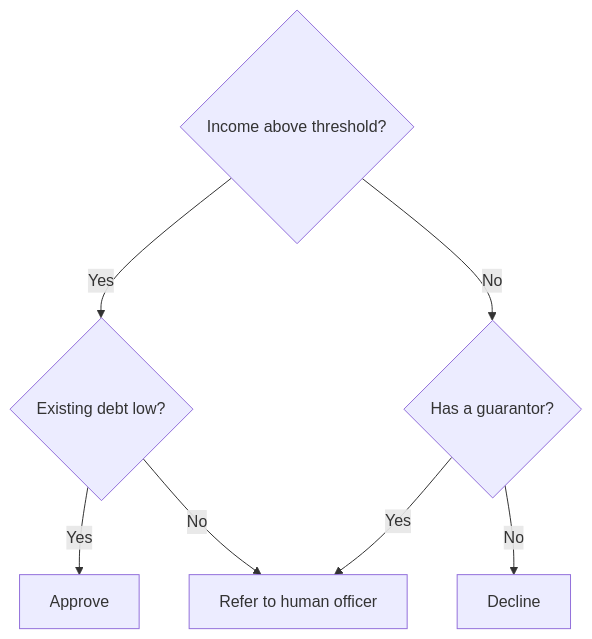
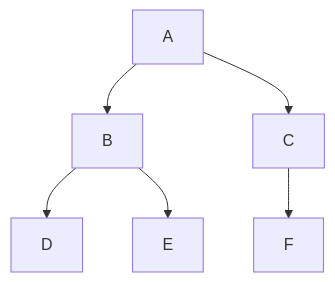
One commit to benngiiii/BABI-GULING changed the ninth of 18 diagrams in Main/study-guide/v1.0/stage1_Content.md. Above: the diagram before and after it, drawn with Mermaid. The commit also changed other lines of this file, not shown here.

````diff
--- a/Main/study-guide/v1.0/stage1_Content.md
+++ b/Main/study-guide/v1.0/stage1_Content.md
@@ -1182,15 +897,8 @@
 ```mermaid
-flowchart TD
-    A{"Income above threshold?"}
-    B{"Existing debt low?"}
-    C{"Has a guarantor?"}
-    D["Approve"]
-    E["Refer to human officer"]
-    F["Decline"]
-    A -- Yes --> B
-    A -- No --> C
-    B -- Yes --> D
-    B -- No --> E
-    C -- Yes --> E
-    C -- No --> F
+flowchart TB
+    A --> B
+    A --> C
+    B --> D
+    B --> E
+    C --> F
 ```
````
